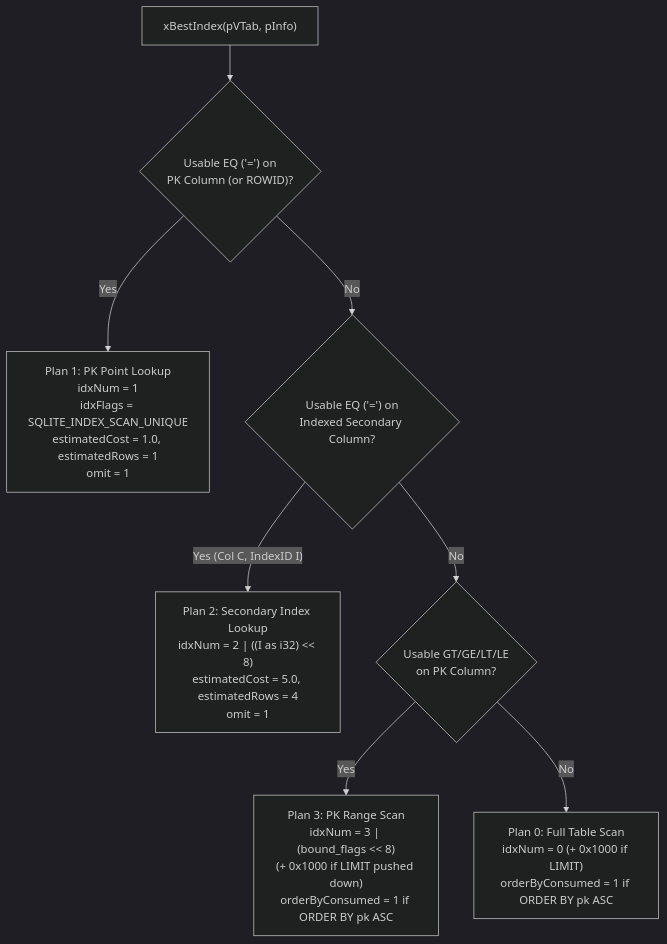
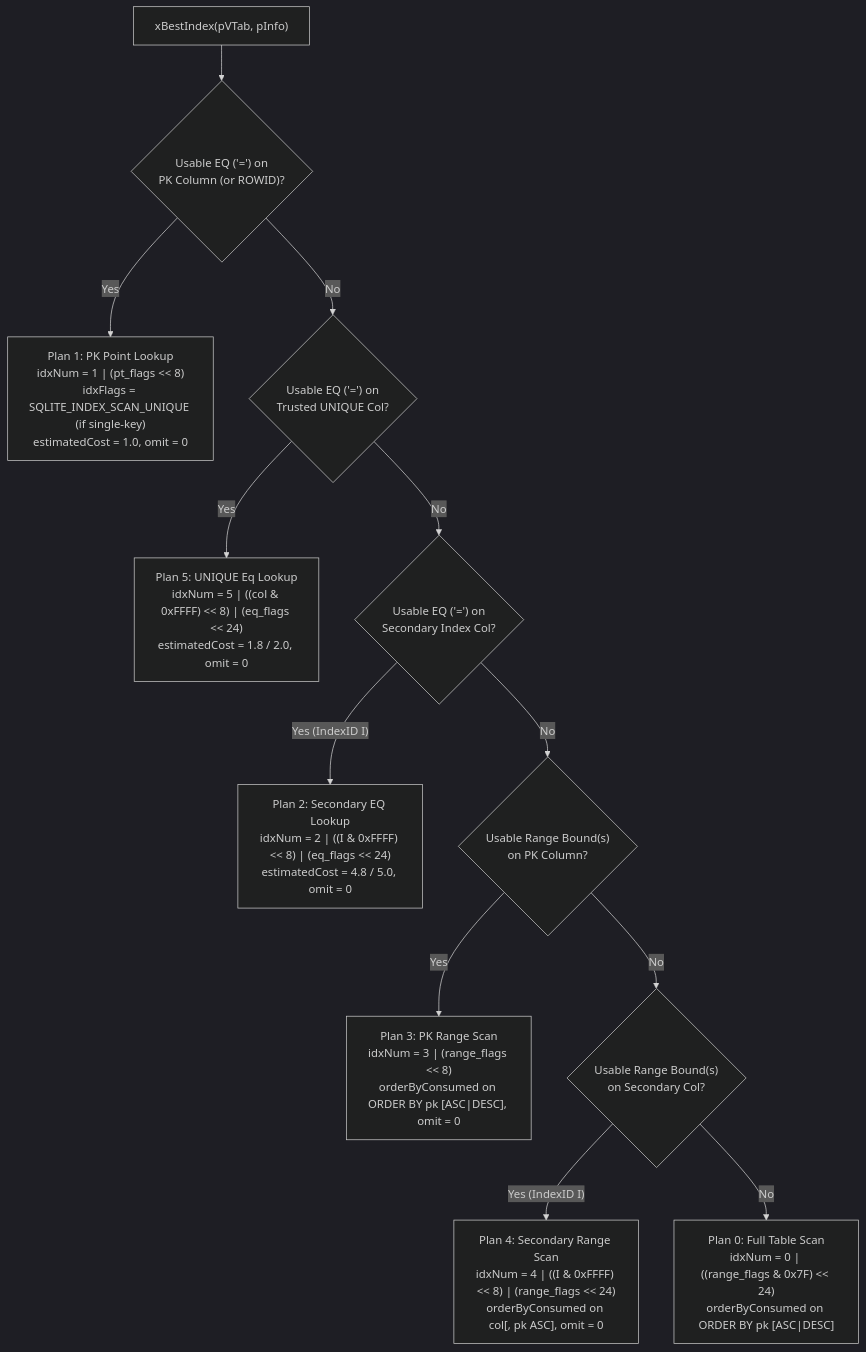
The diagram in docs/phase2/01_SQLITE_VTAB_ADAPTER.md (toyoshim-i/aydb), drawn with Mermaid (dark theme) before and after one commit. The commit also changed other lines of this file and 13 other files, not shown here.

````diff
--- a/docs/phase2/01_SQLITE_VTAB_ADAPTER.md
+++ b/docs/phase2/01_SQLITE_VTAB_ADAPTER.md
@@ -71,10 +71,14 @@
 ```mermaid
 flowchart TD
     Start["xBestIndex(pVTab, pInfo)"] --> CheckPK_EQ{"Usable EQ ('=') on<br/>PK Column (or ROWID)?"}
-    CheckPK_EQ -->|"Yes"| PlanPoint["Plan 1: PK Point Lookup<br/>idxNum = 1<br/>idxFlags = SQLITE_INDEX_SCAN_UNIQUE<br/>estimatedCost = 1.0, estimatedRows = 1<br/>omit = 1"]
-    CheckPK_EQ -->|"No"| CheckSec_EQ{"Usable EQ ('=') on<br/>Indexed Secondary Column?"}
-    CheckSec_EQ -->|"Yes (Col C, IndexID I)"| PlanSec["Plan 2: Secondary Index Lookup<br/>idxNum = 2 | ((I as i32) << 8)<br/>estimatedCost = 5.0, estimatedRows = 4<br/>omit = 1"]
-    CheckSec_EQ -->|"No"| CheckPK_Range{"Usable GT/GE/LT/LE<br/>on PK Column?"}
-    CheckPK_Range -->|"Yes"| PlanRange["Plan 3: PK Range Scan<br/>idxNum = 3 | (bound_flags << 8)<br/>(+ 0x1000 if LIMIT pushed down)<br/>orderByConsumed = 1 if ORDER BY pk ASC"]
-    CheckPK_Range -->|"No"| PlanFull["Plan 0: Full Table Scan<br/>idxNum = 0 (+ 0x1000 if LIMIT)<br/>orderByConsumed = 1 if ORDER BY pk ASC"]
+    CheckPK_EQ -->|"Yes"| PlanPoint["Plan 1: PK Point Lookup<br/>idxNum = 1 | (pt_flags << 8)<br/>idxFlags = SQLITE_INDEX_SCAN_UNIQUE (if single-key)<br/>estimatedCost = 1.0, omit = 0"]
+    CheckPK_EQ -->|"No"| CheckUnique_EQ{"Usable EQ ('=') on<br/>Trusted UNIQUE Col?"}
+    CheckUnique_EQ -->|"Yes"| PlanUnique["Plan 5: UNIQUE Eq Lookup<br/>idxNum = 5 | ((col & 0xFFFF) << 8) | (eq_flags << 24)<br/>estimatedCost = 1.8 / 2.0, omit = 0"]
+    CheckUnique_EQ -->|"No"| CheckSec_EQ{"Usable EQ ('=') on<br/>Secondary Index Col?"}
+    CheckSec_EQ -->|"Yes (IndexID I)"| PlanSec["Plan 2: Secondary EQ Lookup<br/>idxNum = 2 | ((I & 0xFFFF) << 8) | (eq_flags << 24)<br/>estimatedCost = 4.8 / 5.0, omit = 0"]
+    CheckSec_EQ -->|"No"| CheckPK_Range{"Usable Range Bound(s)<br/>on PK Column?"}
+    CheckPK_Range -->|"Yes"| PlanRange["Plan 3: PK Range Scan<br/>idxNum = 3 | (range_flags << 8)<br/>orderByConsumed on ORDER BY pk [ASC|DESC], omit = 0"]
+    CheckPK_Range -->|"No"| CheckSec_Range{"Usable Range Bound(s)<br/>on Secondary Col?"}
+    CheckSec_Range -->|"Yes (IndexID I)"| PlanSecRange["Plan 4: Secondary Range Scan<br/>idxNum = 4 | ((I & 0xFFFF) << 8) | (range_flags << 24)<br/>orderByConsumed on col[, pk ASC], omit = 0"]
+    CheckSec_Range -->|"No"| PlanFull["Plan 0: Full Table Scan<br/>idxNum = 0 | ((range_flags & 0x7F) << 24)<br/>orderByConsumed on ORDER BY pk [ASC|DESC]"]
 ```
````
